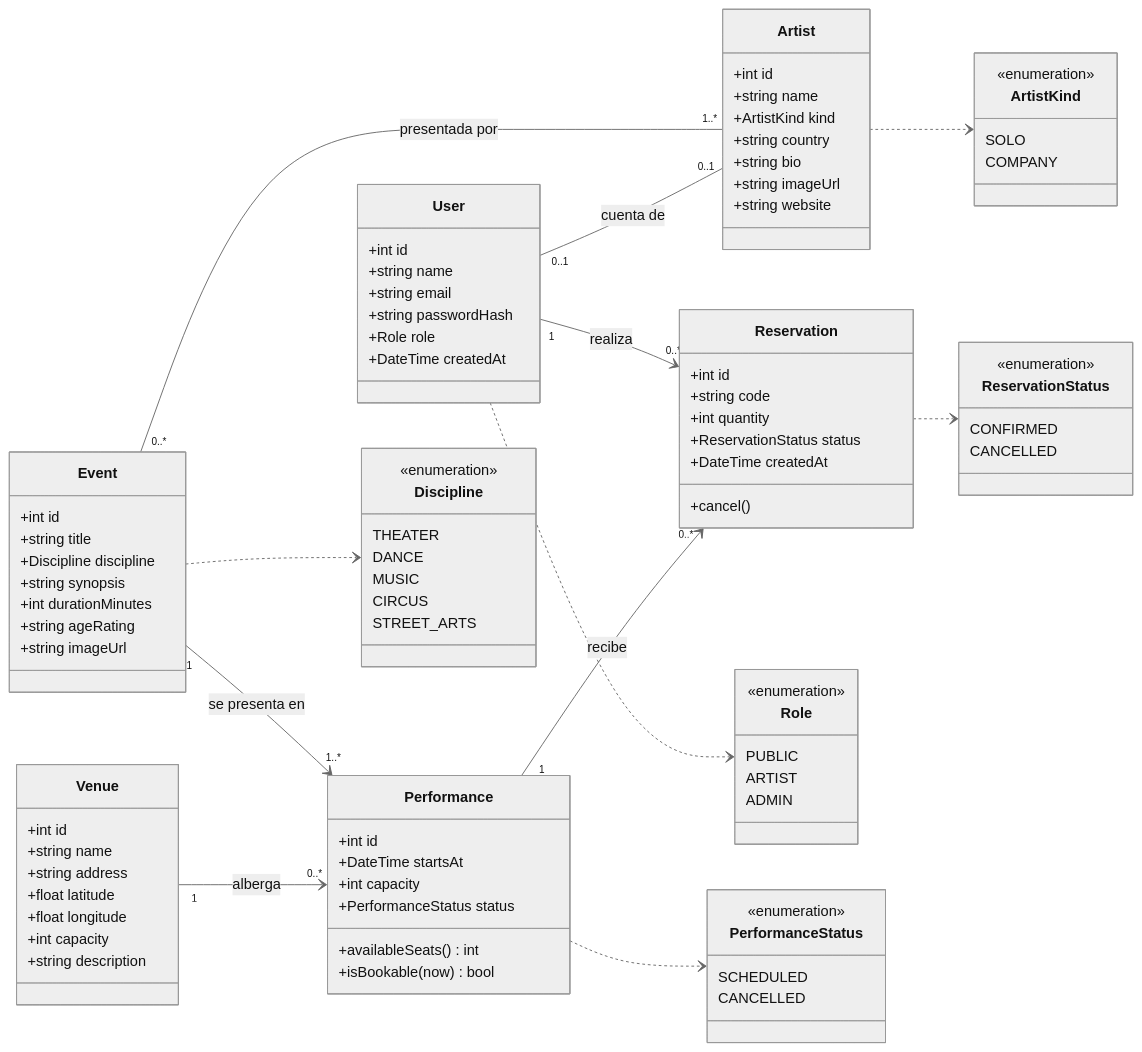
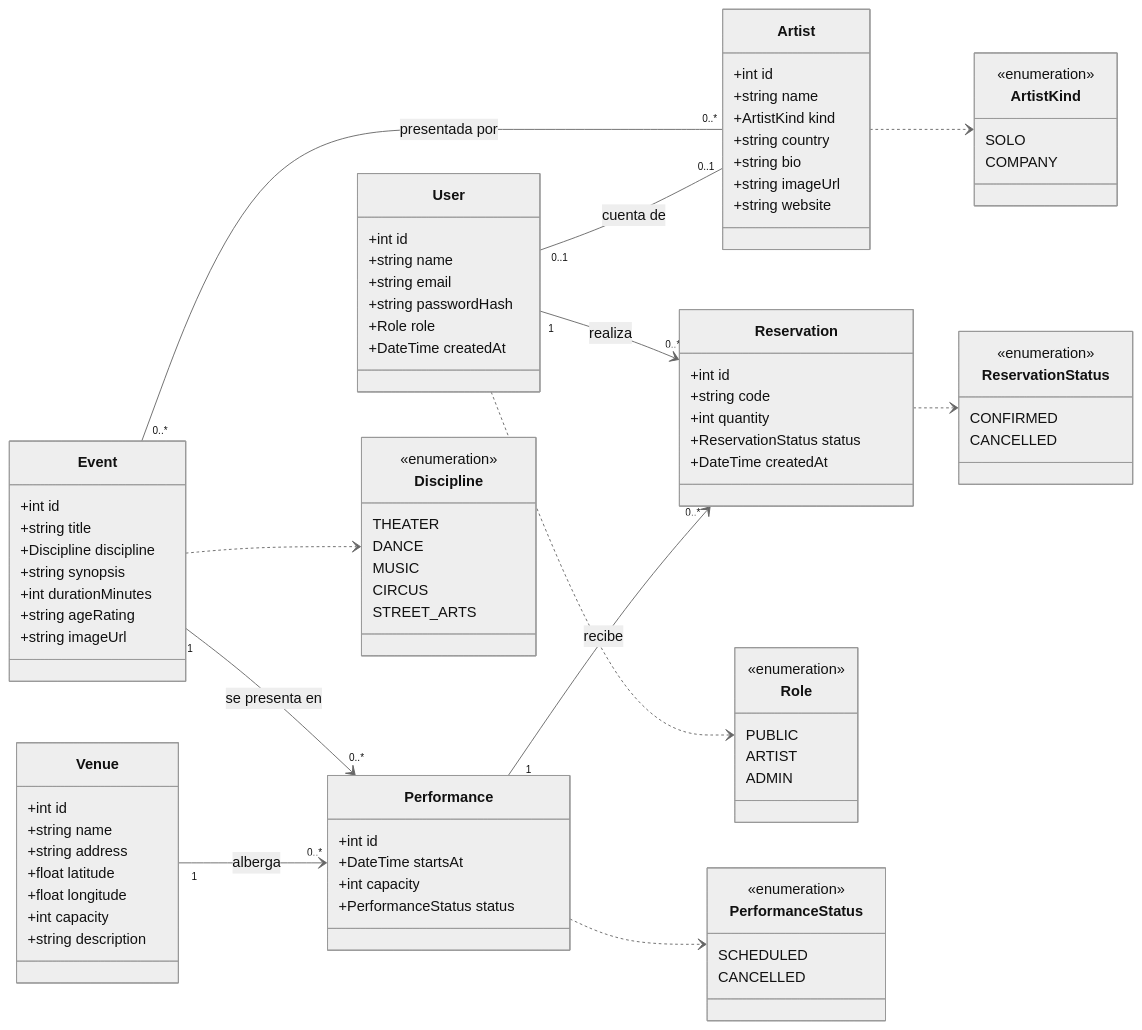
One commit to Camello15/festival-artes-vivas-loja changed the diagram in docs/arquitectura/01-vista-logica.md. Above: the diagram before and after it, drawn with Mermaid (neutral theme). The commit also changed other lines of this file and 4 other files, not shown here.

Commit message:
docs(architecture): actualizar vistas para reservas y administración (T034)

```diff
--- a/docs/arquitectura/01-vista-logica.md
+++ b/docs/arquitectura/01-vista-logica.md
@@ -54,8 +54,6 @@
         +DateTime startsAt
         +int capacity
         +PerformanceStatus status
-        +availableSeats() int
-        +isBookable(now) bool
     }
 
     class Reservation {
@@ -64,7 +62,6 @@
         +int quantity
         +ReservationStatus status
         +DateTime createdAt
-        +cancel()
     }
 
     class Role {
@@ -97,9 +94,9 @@
         CANCELLED
     }
 
-    Event "1" --> "1..*" Performance : se presenta en
+    Event "1" --> "0..*" Performance : se presenta en
     Venue "1" --> "0..*" Performance : alberga
-    Event "0..*" -- "1..*" Artist : presentada por
+    Event "0..*" -- "0..*" Artist : presentada por
     User "1" --> "0..*" Reservation : realiza
     Performance "1" --> "0..*" Reservation : recibe
     User "0..1" -- "0..1" Artist : cuenta de
```
